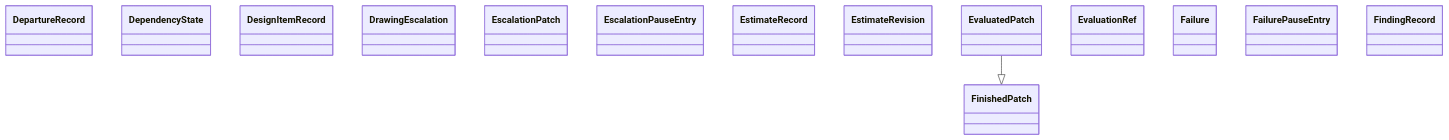
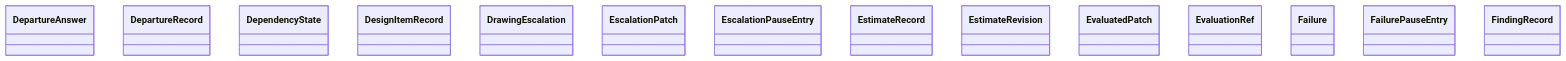
Before and after one commit to GonzaloZevallos/agentic-system: the diagram in docs/architecture/generated/classes-process-domain-state-5.md, drawn with Mermaid. The commit also changed other lines of this file and 9 other files, not shown here.

Commit message:
Regenerate the architecture docs for DrawingEscalation.stage and the plan resume

````diff
--- a/docs/architecture/generated/classes-process-domain-state-5.md
+++ b/docs/architecture/generated/classes-process-domain-state-5.md
@@ -30,18 +30,17 @@
 ```mermaid
 classDiagram
+    class task__DepartureAnswer["DepartureAnswer"]
     class task__DepartureRecord["DepartureRecord"]
     class task__DependencyState["DependencyState"]
     class task__DesignItemRecord["DesignItemRecord"]
     class task__DrawingEscalation["DrawingEscalation"]
     class task__EscalationPatch["EscalationPatch"]
     class task__EscalationPauseEntry["EscalationPauseEntry"]
     class task__EstimateRecord["EstimateRecord"]
     class task__EstimateRevision["EstimateRevision"]
     class task__EvaluatedPatch["EvaluatedPatch"]
     class task__EvaluationRef["EvaluationRef"]
     class task__Failure["Failure"]
     class task__FailurePauseEntry["FailurePauseEntry"]
     class task__FindingRecord["FindingRecord"]
-    class task__FinishedPatch["FinishedPatch"]
-    task__EvaluatedPatch --|> task__FinishedPatch
 ```
````
